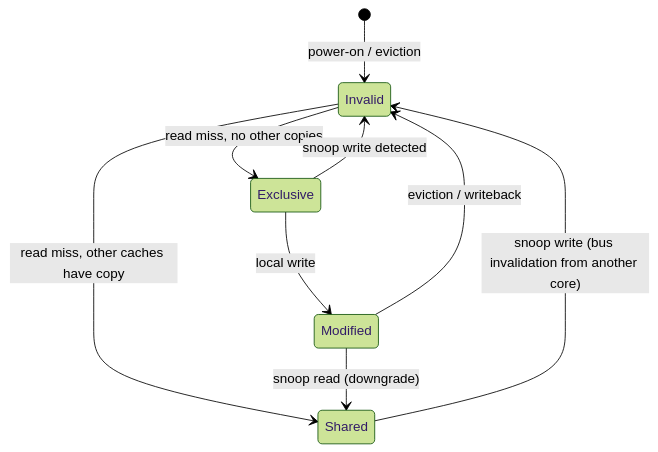
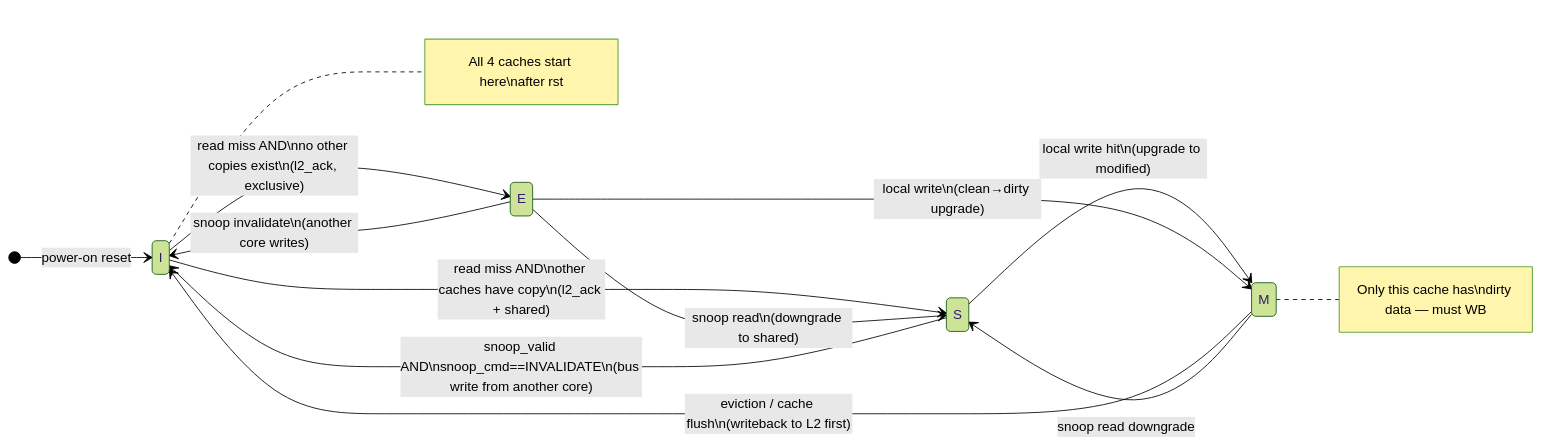
The fourth of 9 diagrams in README.md (RathnakoushalJanamanchi/Heterogeneous-4-Core-RISC-V-Processor-with-Perceptron-Guided-Workload-Migration), drawn with Mermaid (forest theme) before and after one commit. The commit also changed other lines of this file, not shown here.

````diff
--- a/README.md
+++ b/README.md
@@ -212,11 +236,21 @@
 ```mermaid
 stateDiagram-v2
-    [*] --> Invalid: power-on / eviction
-    Invalid --> Shared: read miss, other caches have copy
-    Invalid --> Exclusive: read miss, no other copies
-    Shared --> Invalid: snoop write (bus invalidation from another core)
-    Exclusive --> Modified: local write
-    Exclusive --> Invalid: snoop write detected
-    Modified --> Invalid: eviction / writeback
-    Modified --> Shared: snoop read (downgrade)
+    direction LR
+    [*] --> I : power-on reset
+
+    I --> S : read miss AND\nother caches have copy\n(l2_ack + shared)
+    I --> E : read miss AND\nno other copies exist\n(l2_ack, exclusive)
+
+    S --> I : snoop_valid AND\nsnoop_cmd==INVALIDATE\n(bus write from another core)
+    S --> M : local write hit\n(upgrade to modified)
+
+    E --> M : local write\n(clean→dirty upgrade)
+    E --> S : snoop read\n(downgrade to shared)
+    E --> I : snoop invalidate\n(another core writes)
+
+    M --> I : eviction / cache flush\n(writeback to L2 first)
+    M --> S : snoop read downgrade
+
+    note right of I : All 4 caches start here\nafter rst
+    note right of M : Only this cache has\ndirty data — must WB
 ```
````
